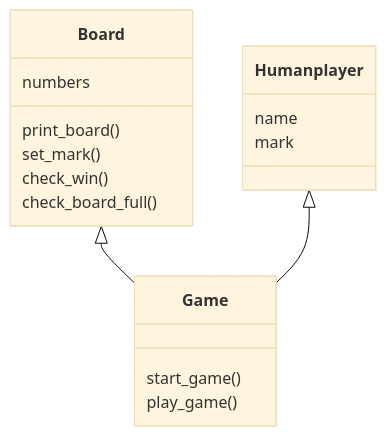
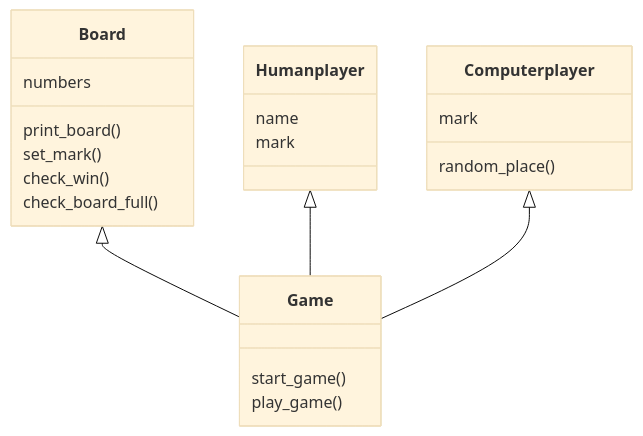
The diagram in dokumentaatio/arkkitehtuuri.md (lauurap/ot-harjoitustyo), drawn with Mermaid (base theme) before and after one commit. The commit also changed other lines of this file and 1 other file, not shown here.

Commit message:
arkkitehtuuri

````diff
--- a/dokumentaatio/arkkitehtuuri.md
+++ b/dokumentaatio/arkkitehtuuri.md
@@ -1,21 +5,26 @@
 ```mermaid
  classDiagram
       Board <|-- Game
       Humanplayer <|-- Game
+      Computerplayer <|-- Game
       class Board{
           numbers
           print_board()
           set_mark()
           check_win()
           check_board_full()
 
       }
       class Game{
           start_game()
           play_game()
       }
       class Humanplayer{
           name
           mark
       }
+      class Computerplayer{
+          mark
+          random_place()
+      }
 ```
````
